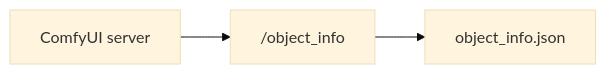
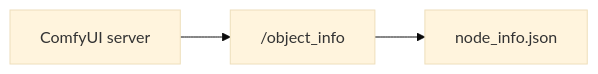
One commit to chrisdreid/comfyui-autoflow changed the third of 6 diagrams in README.md. Above: the diagram before and after it, drawn with Mermaid (base theme). The commit also changed other lines of this file and 53 other files, not shown here.

Commit message:
Major update on dot.accessors and renamed object_info to node_info

````diff
--- a/README.md
+++ b/README.md
@@ -104,5 +104,5 @@
 ```mermaid
 flowchart LR
   comfy["ComfyUI server"] --> obj["/object_info"]
-  obj --> file["object_info.json"]
+  obj --> file["node_info.json"]
 ```
````
